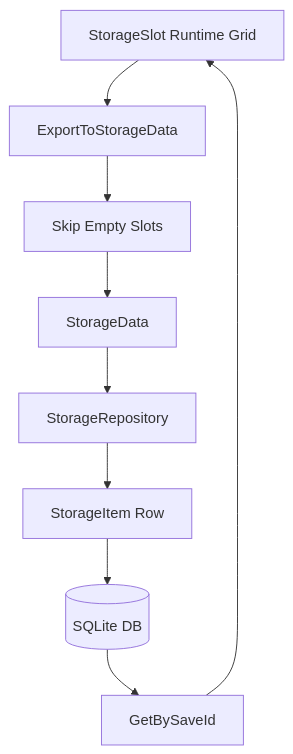
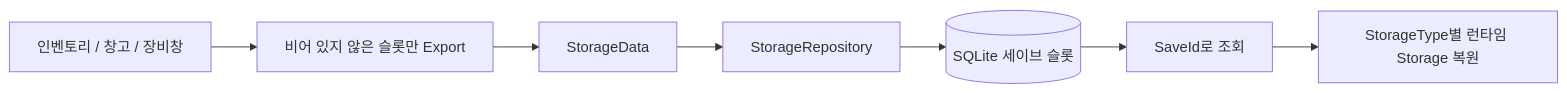
One commit to SJ97p/EscapeFromEternalReturn-CodeMap changed the diagram in docs/systems/storage-persistence.md. Above: the diagram before and after it, drawn with Mermaid. The commit also changed other lines of this file and 4 other files, not shown here.

````diff
--- a/docs/systems/storage-persistence.md
+++ b/docs/systems/storage-persistence.md
@@ -13,11 +15,9 @@
 ```mermaid
-flowchart TD
-    Runtime[StorageSlot Runtime Grid] --> Export[ExportToStorageData]
-    Export --> Filter[Skip Empty Slots]
-    Filter --> DTO[StorageData]
-    DTO --> Repository[StorageRepository]
-    Repository --> Row[StorageItem Row]
-    Row --> SQLite[(SQLite DB)]
-    SQLite --> Load[GetBySaveId]
-    Load --> Runtime
+flowchart LR
+    Runtime[인벤토리 / 창고 / 장비창] --> Export[비어 있지 않은 슬롯만 Export]
+    Export --> DTO[StorageData]
+    DTO --> Repo[StorageRepository]
+    Repo --> DB[(SQLite 세이브 슬롯)]
+    DB --> Load[SaveId로 조회]
+    Load --> Restore[StorageType별 런타임 Storage 복원]
 ```
````
